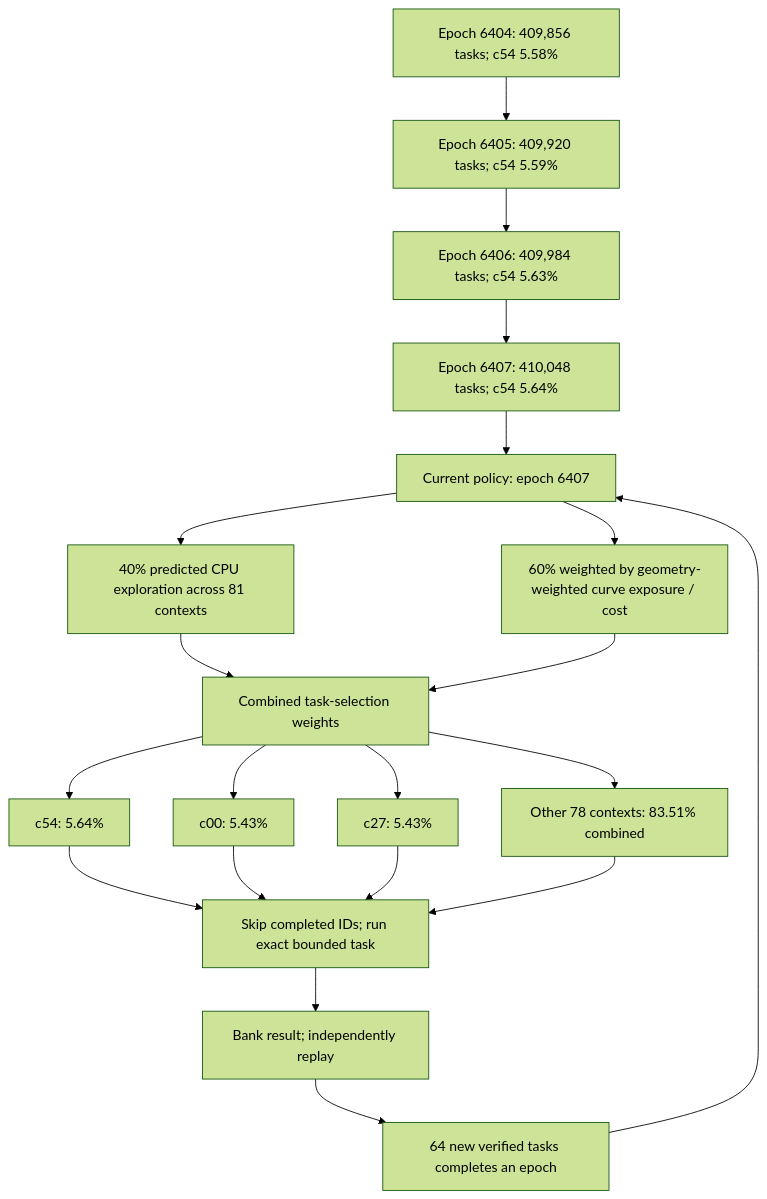
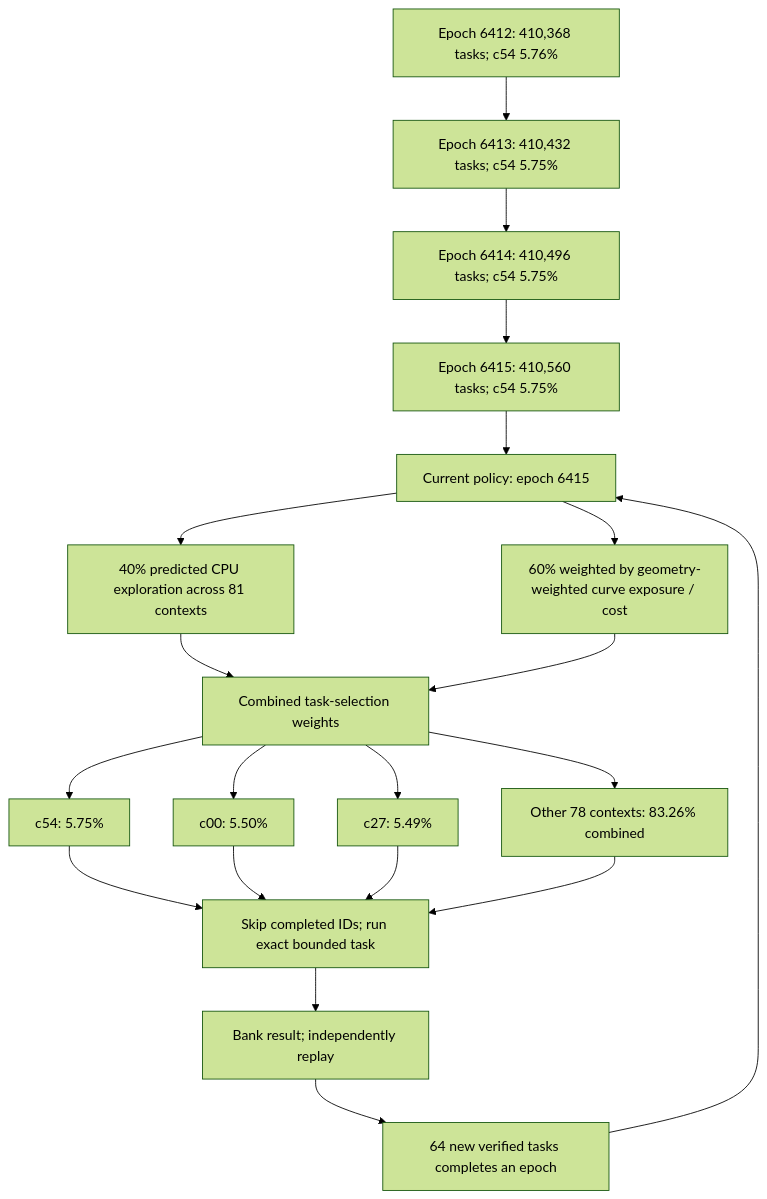
The first of 4 diagrams in README.md (Kuberwastaken/math-gambling), drawn with Mermaid (forest theme) before and after one commit. The commit also changed other lines of this file and 1574 other files, not shown here.

````diff
--- a/README.md
+++ b/README.md
@@ -60,27 +60,27 @@
 ```mermaid
 flowchart TD
-    H0["Epoch 6404: 409,856 tasks; c54 5.58%"]
-    H1["Epoch 6405: 409,920 tasks; c54 5.59%"]
+    H0["Epoch 6412: 410,368 tasks; c54 5.76%"]
+    H1["Epoch 6413: 410,432 tasks; c54 5.75%"]
     H0 --> H1
-    H2["Epoch 6406: 409,984 tasks; c54 5.63%"]
+    H2["Epoch 6414: 410,496 tasks; c54 5.75%"]
     H1 --> H2
-    H3["Epoch 6407: 410,048 tasks; c54 5.64%"]
+    H3["Epoch 6415: 410,560 tasks; c54 5.75%"]
     H2 --> H3
-    Policy["Current policy: epoch 6407"]
+    Policy["Current policy: epoch 6415"]
     H3 --> Policy
     Policy --> Explore["40% predicted CPU exploration across 81 contexts"]
     Policy --> Cost["60% weighted by geometry-weighted curve exposure / cost"]
     Explore --> Mix["Combined task-selection weights"]
     Cost --> Mix
-    Mix --> C0["c54: 5.64%"]
-    Mix --> C1["c00: 5.43%"]
-    Mix --> C2["c27: 5.43%"]
-    Mix --> Rest["Other 78 contexts: 83.51% combined"]
+    Mix --> C0["c54: 5.75%"]
+    Mix --> C1["c00: 5.50%"]
+    Mix --> C2["c27: 5.49%"]
+    Mix --> Rest["Other 78 contexts: 83.26% combined"]
     C0 --> Check["Skip completed IDs; run exact bounded task"]
     C1 --> Check
     C2 --> Check
     Rest --> Check
     Check --> Replay["Bank result; independently replay"]
     Replay --> Gate["64 new verified tasks completes an epoch"]
     Gate --> Policy
 ```
````
